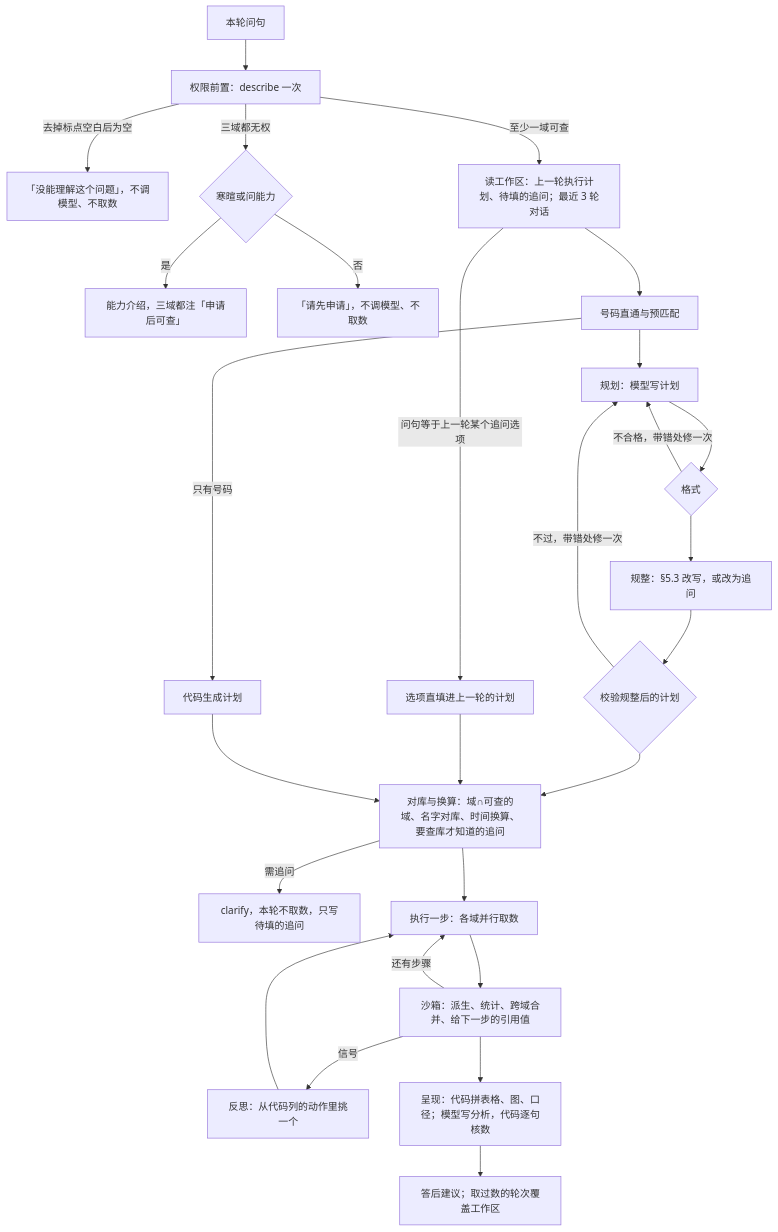
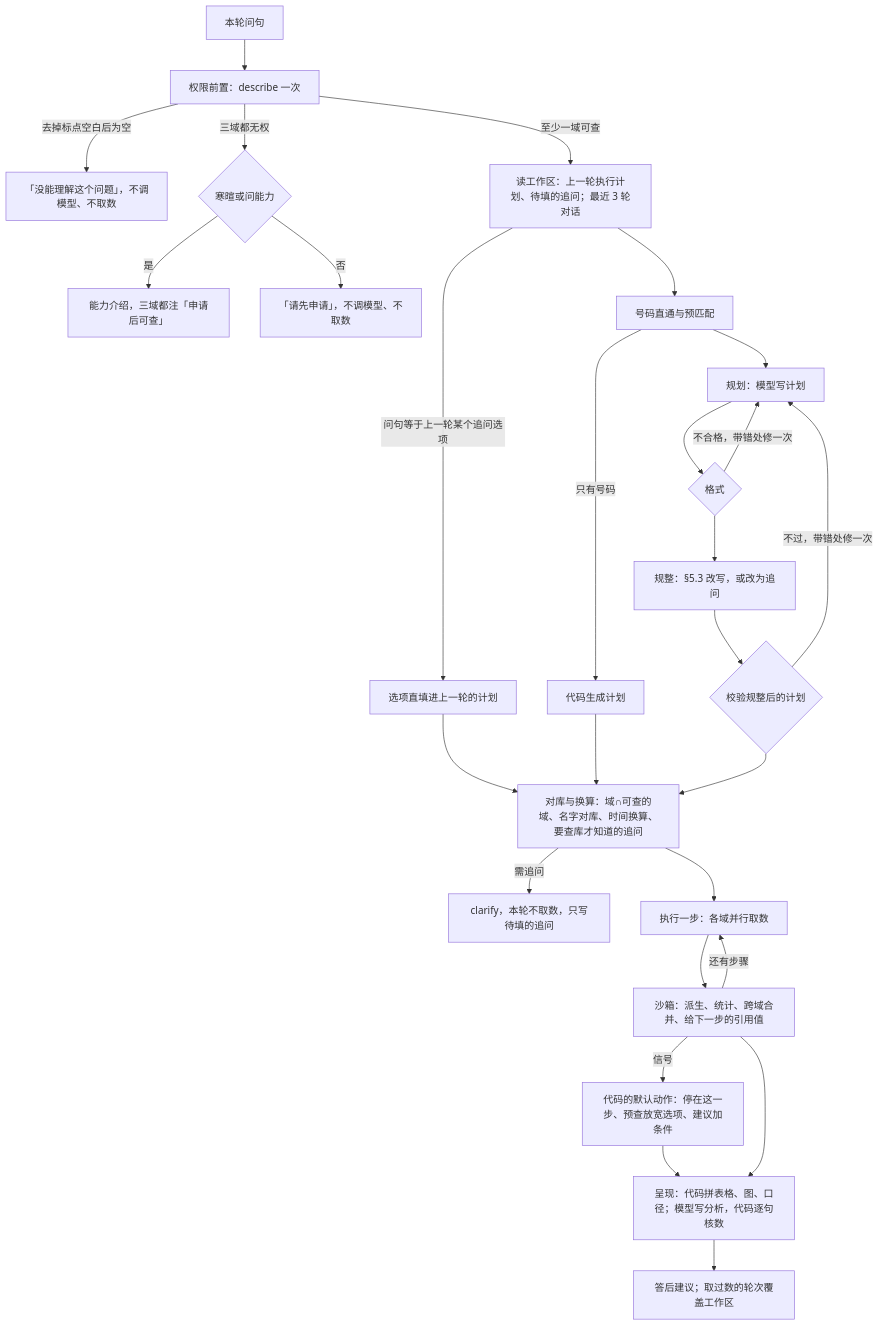
Before and after one commit to wujushan/FactoryIssue: the diagram in docs/decisions/2026-10-27-模块技术设计.md, drawn with Mermaid. The commit also changed other lines of this file and 43 other files, not shown here.

````diff
--- a/docs/decisions/2026-10-27-模块技术设计.md
+++ b/docs/decisions/2026-10-27-模块技术设计.md
@@ -22,29 +22,29 @@
 ```mermaid
 flowchart TD
   A[本轮问句] --> G[权限前置：describe 一次]
   G -->|去掉标点空白后为空| E0[「没能理解这个问题」，不调模型、不取数]
   G -->|三域都无权| G0{寒暄或问能力}
   G0 -->|是| I0[能力介绍，三域都注「申请后可查」]
   G0 -->|否| D0[「请先申请」，不调模型、不取数]
   G -->|至少一域可查| W[读工作区：上一轮执行计划、待填的追问；最近 3 轮对话]
   W -->|问句等于上一轮某个追问选项| F[选项直填进上一轮的计划]
   W --> M[号码直通与预匹配]
   M -->|只有号码| Z[代码生成计划]
   M --> P[规划：模型写计划]
   P --> Q{格式}
   Q -->|不合格，带错处修一次| P
   Q --> N1[规整：§5.3 改写，或改为追问]
   N1 --> K{校验规整后的计划}
   K -->|不过，带错处修一次| P
   K --> N2[对库与换算：域∩可查的域、名字对库、时间换算、要查库才知道的追问]
   F --> N2
   Z --> N2
   N2 -->|需追问| C[clarify，本轮不取数，只写待填的追问]
   N2 --> X[执行一步：各域并行取数]
   X --> S[沙箱：派生、统计、跨域合并、给下一步的引用值]
-  S -->|信号| R[反思：从代码列的动作里挑一个]
-  R --> X
+  S -->|信号| R[代码的默认动作：停在这一步、预查放宽选项、建议加条件]
+  R --> V
   S -->|还有步骤| X
   S --> V[呈现：代码拼表格、图、口径；模型写分析，代码逐句核数]
   V --> U[答后建议；取过数的轮次覆盖工作区]
 ```
````
